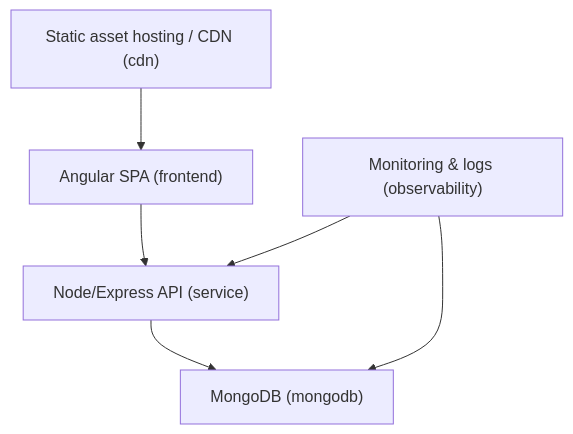
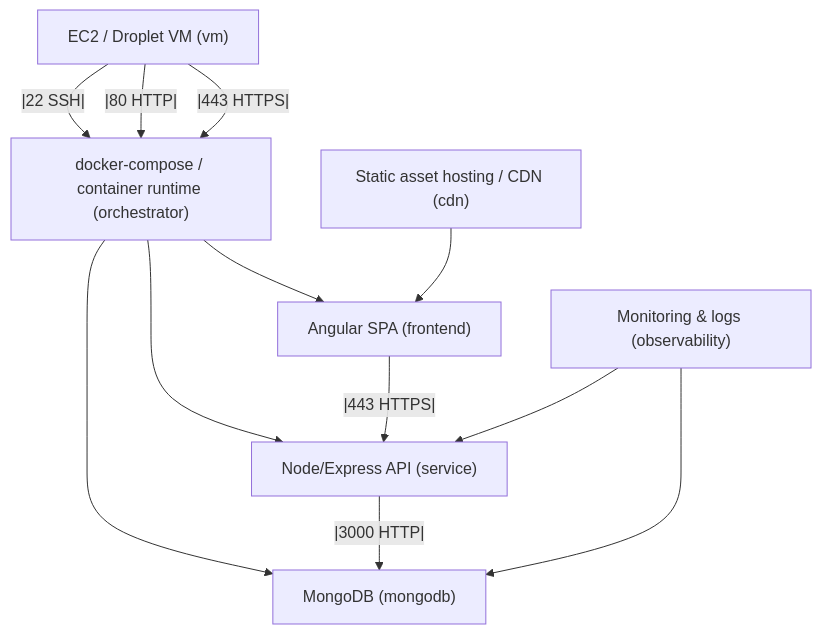
Before and after one commit to casualuser/casualuser.github.io: the diagram in docs/blueprints/mean-ec2-do.mmd, drawn with Mermaid. The commit also changed 5 other files, not shown here.

Commit message:
blueprints: add VM and orchestrator nodes to stack diagrams, expand connection details with protocol/port labels for SSH/HTTP/HTTPS across LAMP/LEMP/MERN/MEAN/MEVN/PERN blueprints

```diff
--- a/docs/blueprints/mean-ec2-do.mmd
+++ b/docs/blueprints/mean-ec2-do.mmd
@@ -1,12 +1,20 @@
 %% Autogenerated from codemap mean-ec2-do; do not edit by hand.
 graph TD
+  vm["EC2 / Droplet VM (vm)"]
+  compose["docker-compose / container runtime (orchestrator)"]
   api["Node/Express API (service)"]
   frontend["Angular SPA (frontend)"]
   db["MongoDB (mongodb)"]
   cdn["Static asset hosting / CDN (cdn)"]
   monitoring["Monitoring & logs (observability)"]
-  api --> db
-  frontend --> api
+  vm --|22 SSH|--> compose
+  vm --|80 HTTP|--> compose
+  vm --|443 HTTPS|--> compose
+  compose --> api
+  compose --> db
+  compose --> frontend
+  api --|3000 HTTP|--> db
+  frontend --|443 HTTPS|--> api
   cdn --> frontend
   monitoring --> api
   monitoring --> db
```
